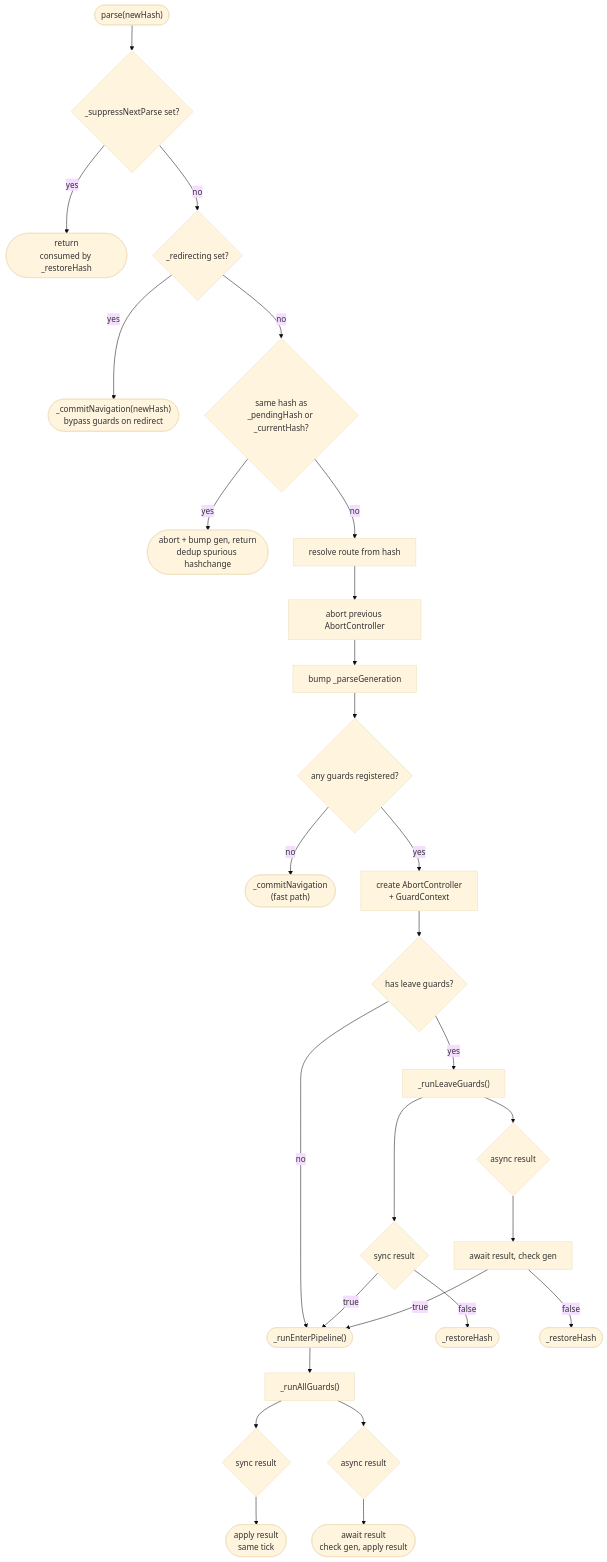
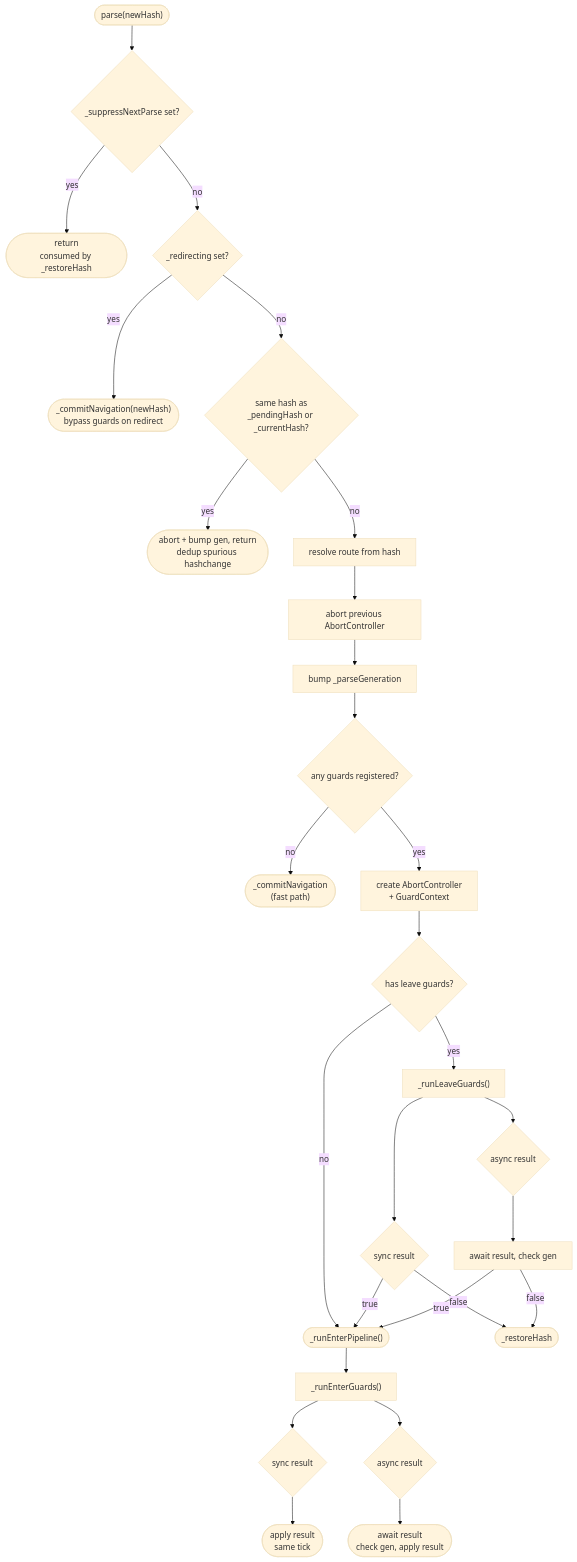
One commit to wridgeu/ui5-lib-guard-router changed the first of 4 diagrams in docs/architecture.md. Above: the diagram before and after it, drawn with Mermaid (base theme). The commit also changed other lines of this file and 4 other files, not shown here.

First line of the commit message:
refactor: rename _runAllGuards/_runEnterGuards for clarity

````diff
--- a/docs/architecture.md
+++ b/docs/architecture.md
@@ -120,30 +120,30 @@
 ```mermaid
 flowchart TD
     start(["parse(newHash)"]) --> suppress{_suppressNextParse set?}
     suppress -- yes --> ret1(["return<br/>consumed by _restoreHash"])
     suppress -- no --> redirect{_redirecting set?}
     redirect -- yes --> commit1(["_commitNavigation(newHash)<br/>bypass guards on redirect"])
     redirect -- no --> samehash{"same hash as<br/>_pendingHash or _currentHash?"}
     samehash -- yes --> ret2(["abort + bump gen, return<br/>dedup spurious hashchange"])
     samehash -- no --> resolve[resolve route from hash]
     resolve --> abort[abort previous AbortController]
     abort --> bump[bump _parseGeneration]
     bump --> guards{any guards registered?}
     guards -- no --> commit2(["_commitNavigation<br/>(fast path)"])
     guards -- yes --> create["create AbortController<br/>+ GuardContext"]
     create --> leave{has leave guards?}
     leave -- no --> enter1(["_runEnterPipeline()"])
     leave -- yes --> runleave["_runLeaveGuards()"]
     runleave --> lsync{sync result}
     runleave --> lasync{async result}
     lsync -- "false" --> lrestore([_restoreHash])
     lsync -- "true" --> enter1
     lasync --> lawait["await result, check gen"]
-    lawait -- "false" --> lrestore2([_restoreHash])
+    lawait -- "false" --> lrestore
     lawait -- "true" --> enter1
-    enter1 --> runall["_runAllGuards()"]
+    enter1 --> runall["_runEnterGuards()"]
     runall --> esync{sync result}
     runall --> easync{async result}
     esync --> eapply(["apply result<br/>same tick"])
     easync --> eawait(["await result<br/>check gen, apply result"])
 ```
````
